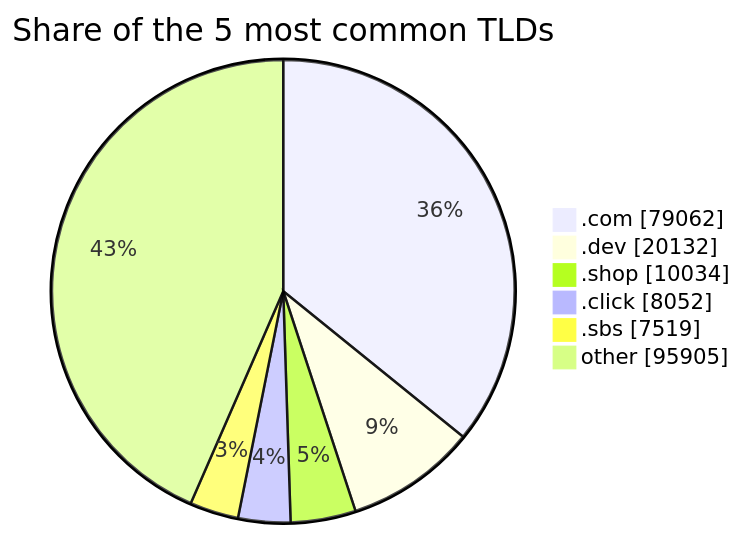
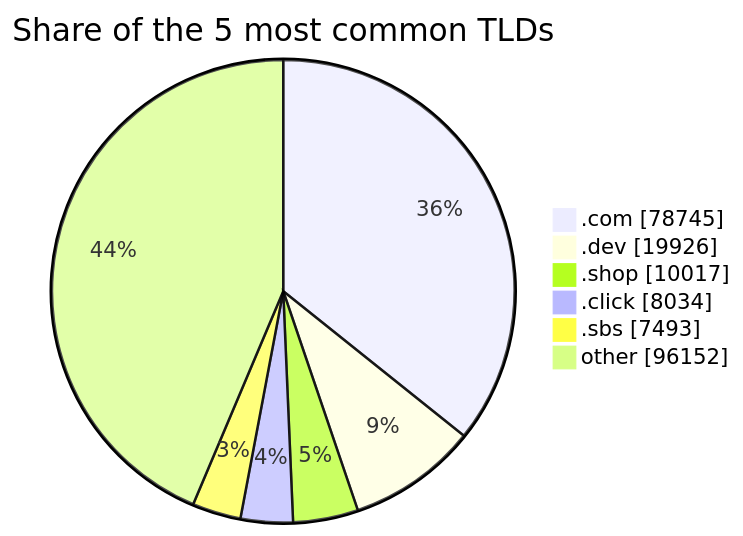
Before and after one commit to DNSBunker/CTI: the third of 3 diagrams in README.md, drawn with Mermaid. The commit also changed other lines of this file and 3 other files, not shown here.

````diff
--- a/README.md
+++ b/README.md
@@ -81,9 +81,9 @@
 ```mermaid
 pie showData title Share of the 5 most common TLDs
-    ".com" : 79062
-    ".dev" : 20132
-    ".shop" : 10034
-    ".click" : 8052
-    ".sbs" : 7519
-    "other" : 95905
+    ".com" : 78745
+    ".dev" : 19926
+    ".shop" : 10017
+    ".click" : 8034
+    ".sbs" : 7493
+    "other" : 96152
 ```
````
